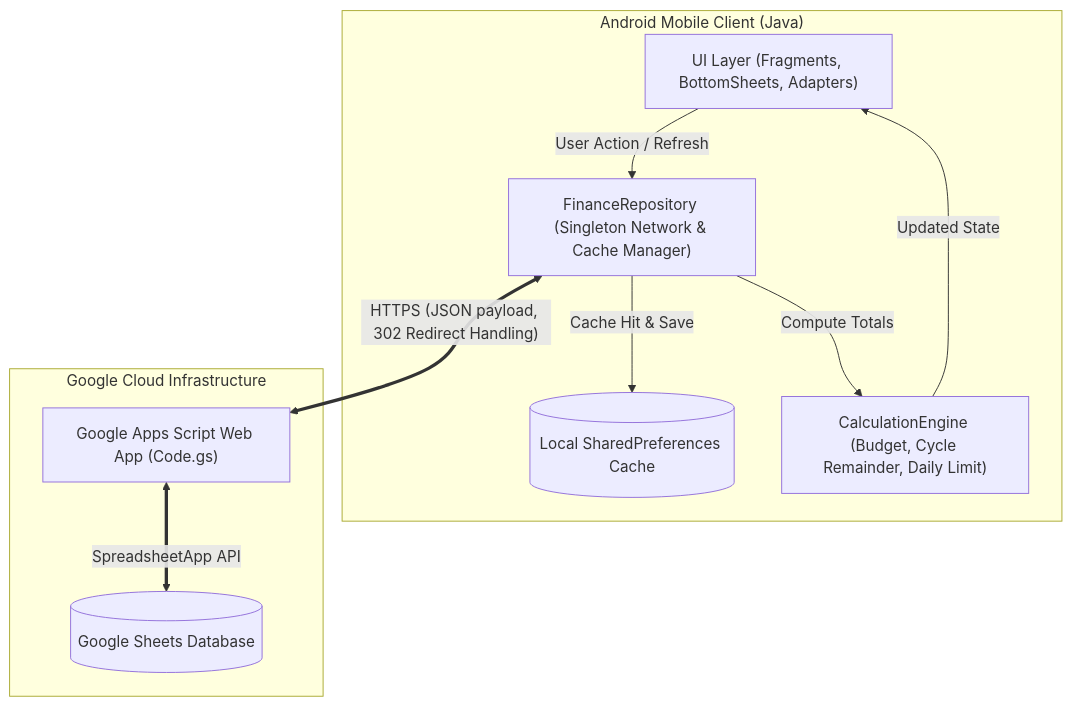
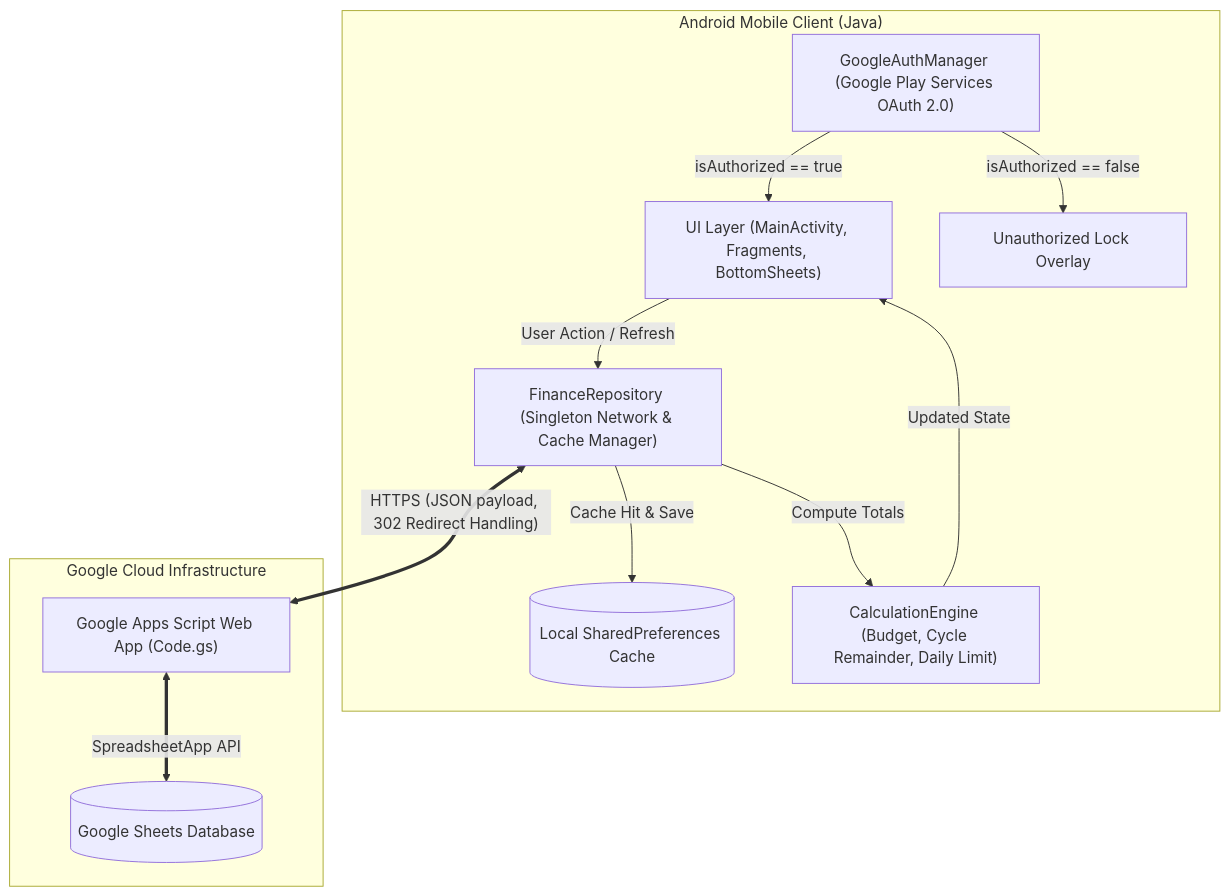
The first of 3 diagrams in README.md (sayan05052000/Finance-Manager), drawn with Mermaid before and after one commit. The commit also changed other lines of this file, not shown here.

Commit message:
docs: update README with Google Account authentication & authorization architecture

````diff
--- a/README.md
+++ b/README.md
@@ -133,22 +161,25 @@
 ```mermaid
 flowchart TD
     subgraph MobileApp["Android Mobile Client (Java)"]
-        UI["UI Layer (Fragments, BottomSheets, Adapters)"]
+        Auth["GoogleAuthManager (Google Play Services OAuth 2.0)"]
+        UI["UI Layer (MainActivity, Fragments, BottomSheets)"]
         Repo["FinanceRepository (Singleton Network & Cache Manager)"]
         Cache[("Local SharedPreferences Cache")]
         Engine["CalculationEngine (Budget, Cycle Remainder, Daily Limit)"]
 
+        Auth -->|isAuthorized == true| UI
+        Auth -->|isAuthorized == false| Lock["Unauthorized Lock Overlay"]
         UI -->|User Action / Refresh| Repo
         Repo -->|Cache Hit & Save| Cache
         Repo -->|Compute Totals| Engine
         Engine -->|Updated State| UI
     end
 
     subgraph Backend["Google Cloud Infrastructure"]
         GAS["Google Apps Script Web App (Code.gs)"]
         Sheet[("Google Sheets Database")]
 
         Repo <==>|"HTTPS (JSON payload, 302 Redirect Handling)"| GAS
         GAS <==>|"SpreadsheetApp API"| Sheet
     end
 ```
````
